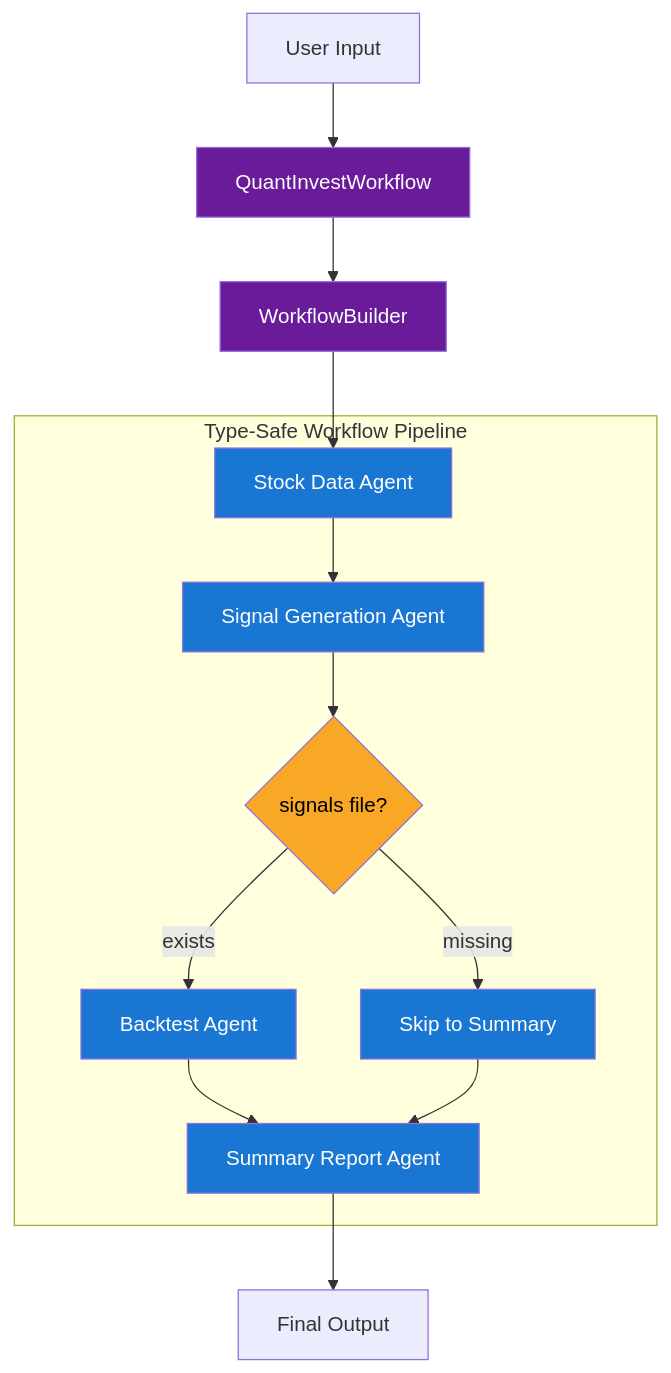
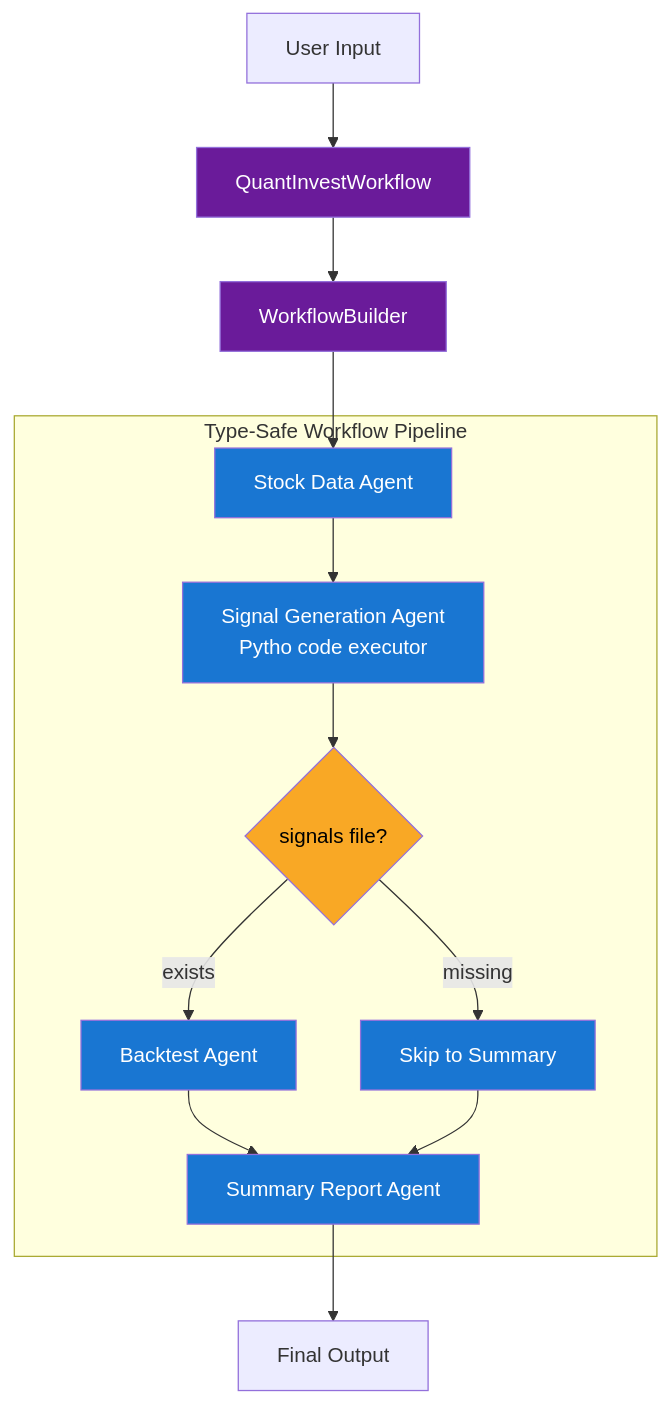
The third of 3 diagrams in README.md (kimtth/agent-quant-stock-invest), drawn with Mermaid before and after one commit. The commit also changed other lines of this file, not shown here.

````diff
--- a/README.md
+++ b/README.md
@@ -138,21 +139,21 @@
 ```mermaid
 flowchart TD
     classDef orchestrator fill:#6a1b9a,color:#fff;
     classDef agent fill:#1976d2,color:#fff;
     classDef decision fill:#f9a825,color:#000;
     
     A[User Input] --> B[QuantInvestWorkflow]:::orchestrator
     B --> C[WorkflowBuilder]:::orchestrator
     
     subgraph Pipeline [Type-Safe Workflow Pipeline]
-        D[Stock Data Agent]:::agent --> E[Signal Generation Agent]:::agent
+        D[Stock Data Agent]:::agent --> E[Signal Generation Agent<br/>Pytho code executor]:::agent
         E --> F{signals file?}:::decision
         F -->|exists| G[Backtest Agent]:::agent
         F -->|missing| H[Skip to Summary]:::agent
         G --> I[Summary Report Agent]:::agent
         H --> I
     end
     
     C --> D
     I --> J[Final Output]
 ```
````
